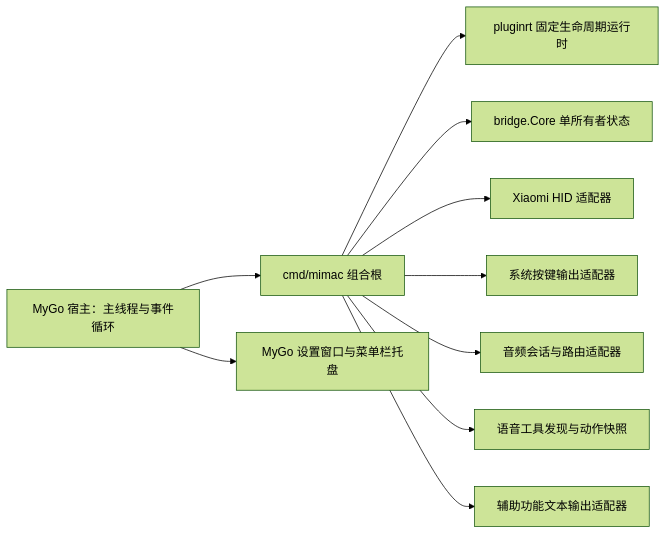
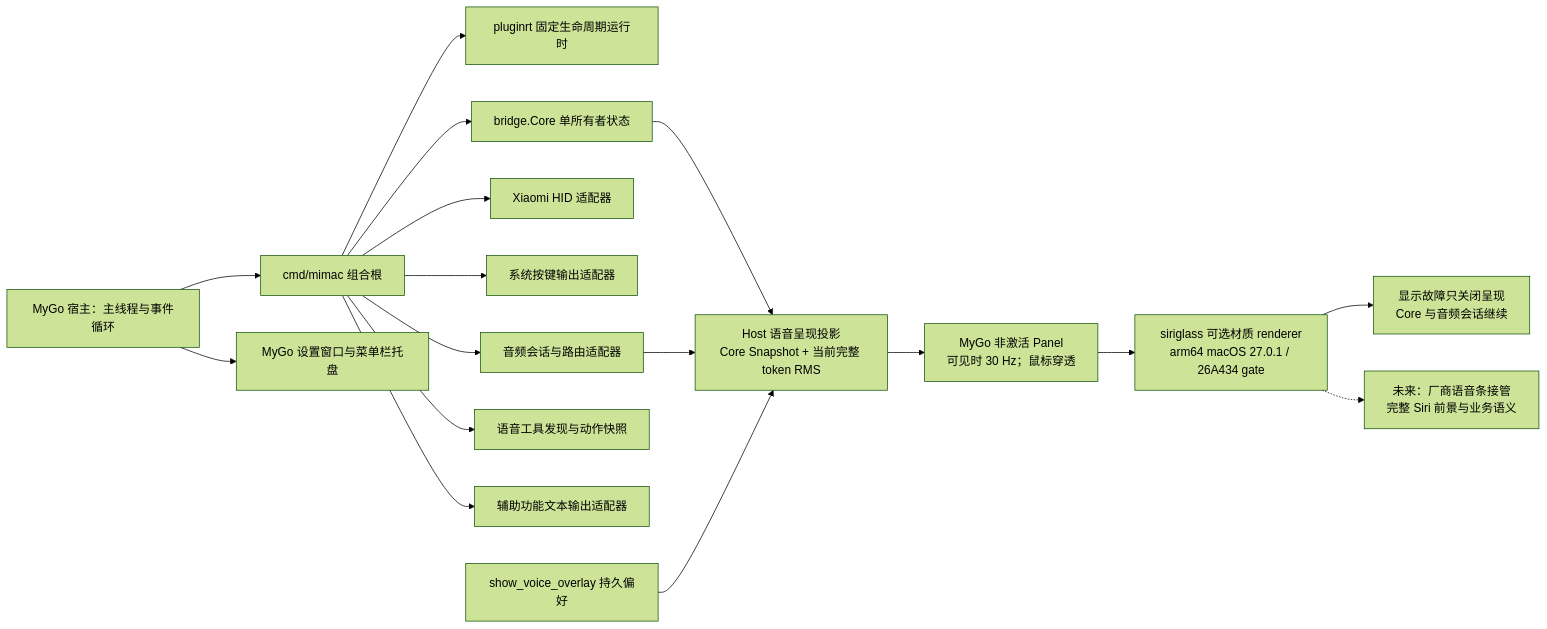
One commit to daftAI2026/MiMac changed the diagram in tools/workbench/diagrams/architecture-boundaries.mmd. Above: the diagram before and after it, drawn with Mermaid (forest theme). The commit also changed 5 other files, not shown here.

```diff
--- a/tools/workbench/diagrams/architecture-boundaries.mmd
+++ b/tools/workbench/diagrams/architecture-boundaries.mmd
@@ -1,21 +1,34 @@
 flowchart LR
     mygo["MyGo 宿主：主线程与事件循环"]
     shell["cmd/mimac 组合根"]
     ui["MyGo 设置窗口与菜单栏托盘"]
     plugins["pluginrt 固定生命周期运行时"]
     core["bridge.Core 单所有者状态"]
     hid["Xiaomi HID 适配器"]
     keys["系统按键输出适配器"]
     audio["音频会话与路由适配器"]
     tools["语音工具发现与动作快照"]
     text["辅助功能文本输出适配器"]
+    prefs["show_voice_overlay 持久偏好"]
+    projection["Host 语音呈现投影\nCore Snapshot + 当前完整 token RMS"]
+    panel["MyGo 非激活 Panel\n可见时 30 Hz；鼠标穿透"]
+    glass["siriglass 可选材质 renderer\narm64 macOS 27.0.1 / 26A434 gate"]
+    fault["显示故障只关闭呈现\nCore 与音频会话继续"]
+    future["未来：厂商语音条接管\n完整 Siri 前景与业务语义"]
 
     mygo --> shell
     mygo --> ui
     shell --> plugins
     shell --> core
     shell --> hid
     shell --> keys
     shell --> audio
     shell --> tools
     shell --> text
+    core --> projection
+    audio --> projection
+    prefs --> projection
+    projection --> panel
+    panel --> glass
+    glass --> fault
+    glass -.-> future
```
